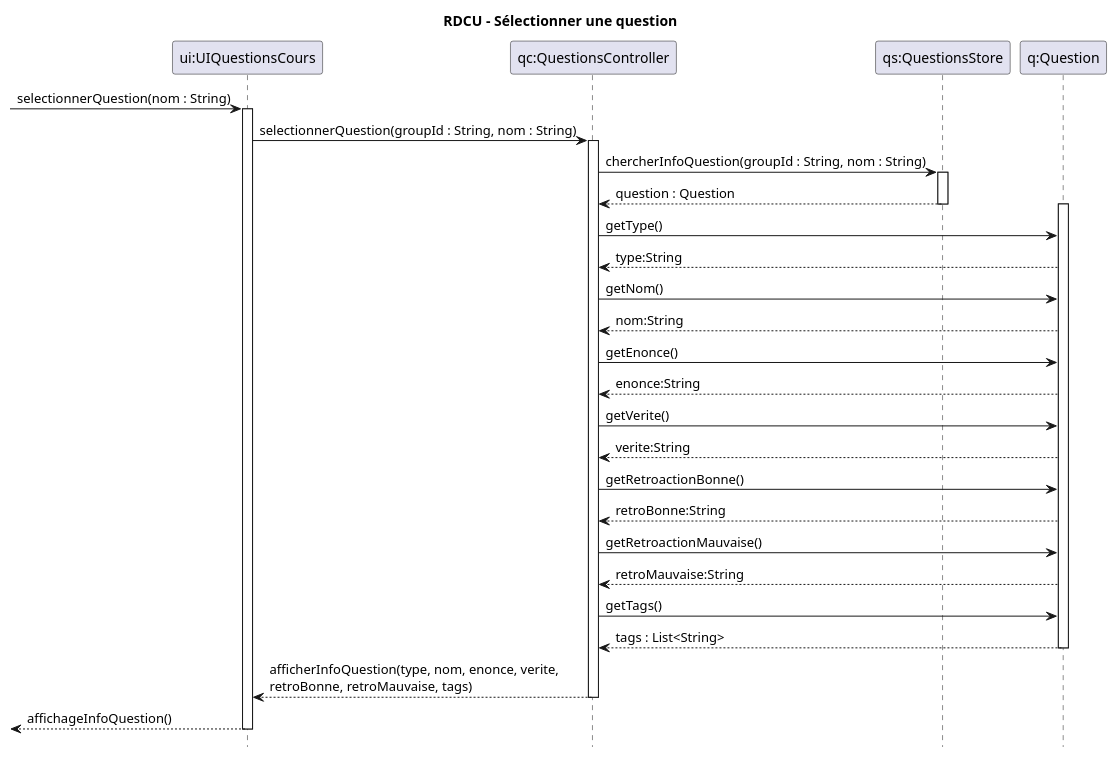
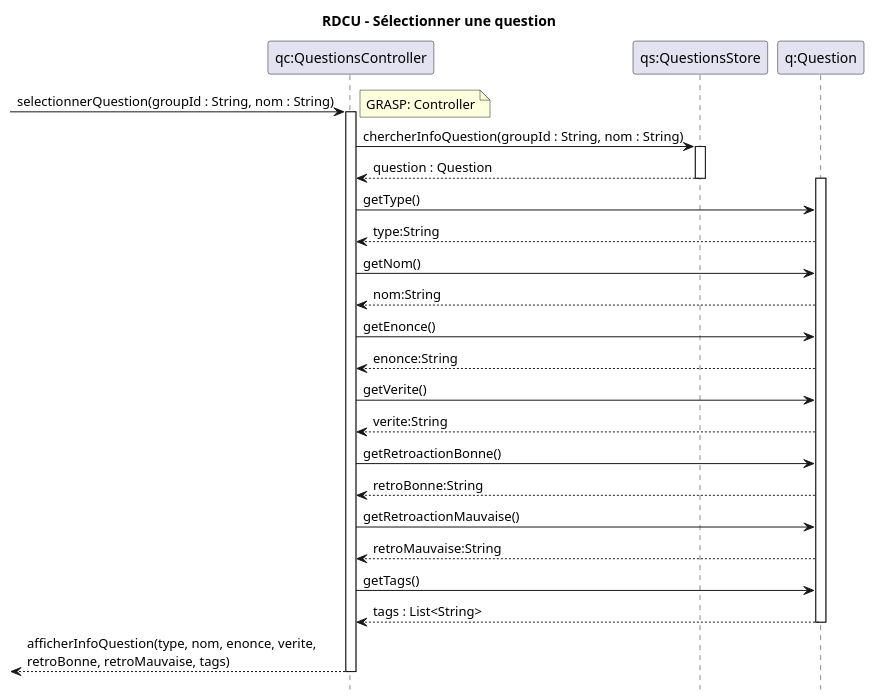
The diagram in docs/modeles/cu02/rdcu-selectionner-question.puml (xMrYahya/moodle-clone), drawn with PlantUML before and after one commit. The commit also changed 20 other files, not shown here.

```diff
--- a/docs/modeles/cu02/rdcu-selectionner-question.puml
+++ b/docs/modeles/cu02/rdcu-selectionner-question.puml
@@ -1,51 +1,44 @@
 @startuml
 hide footbox
 title RDCU – Sélectionner une question
 
-participant "ui:UIQuestionsCours" as UI
 participant "qc:QuestionsController" as QC
 participant "qs:QuestionsStore" as QS
 participant "q:Question" as Q
 
-
--> UI : selectionnerQuestion(nom : String)
-activate UI
-
-UI -> QC : selectionnerQuestion(groupId : String, nom : String)
+-> QC : selectionnerQuestion(groupId : String, nom : String)
+note right: GRASP: Controller
 activate QC
 
 QC -> QS : chercherInfoQuestion(groupId : String, nom : String)
 activate QS
 QS --> QC : question : Question
 deactivate QS
 
 activate Q
 QC -> Q : getType()
 Q --> QC : type:String
 
 QC -> Q : getNom()
 Q --> QC : nom:String
 
 QC -> Q : getEnonce()
 Q --> QC : enonce:String
 
 QC -> Q : getVerite()
 Q --> QC : verite:String
 
 QC -> Q : getRetroactionBonne()
 Q --> QC : retroBonne:String
 
 QC -> Q : getRetroactionMauvaise()
 Q --> QC : retroMauvaise:String
 
 QC -> Q : getTags()
 Q --> QC : tags : List<String>
 deactivate Q
 
-QC --> UI : afficherInfoQuestion(type, nom, enonce, verite,\nretroBonne, retroMauvaise, tags)
+<-- QC : afficherInfoQuestion(type, nom, enonce, verite,\nretroBonne, retroMauvaise, tags)
 deactivate QC
 
-<-- UI  : affichageInfoQuestion()
-deactivate UI
-
 @enduml
```
